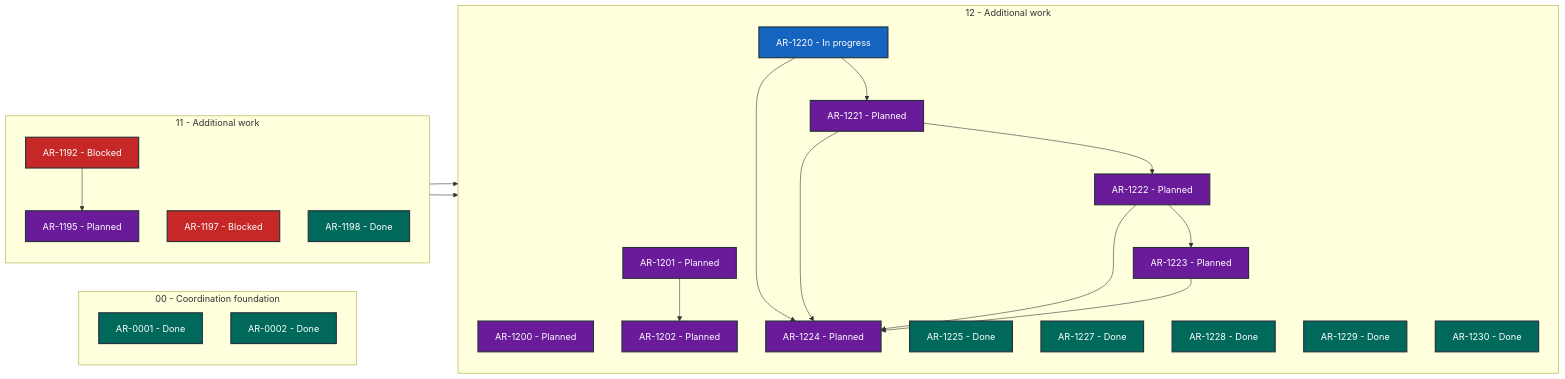
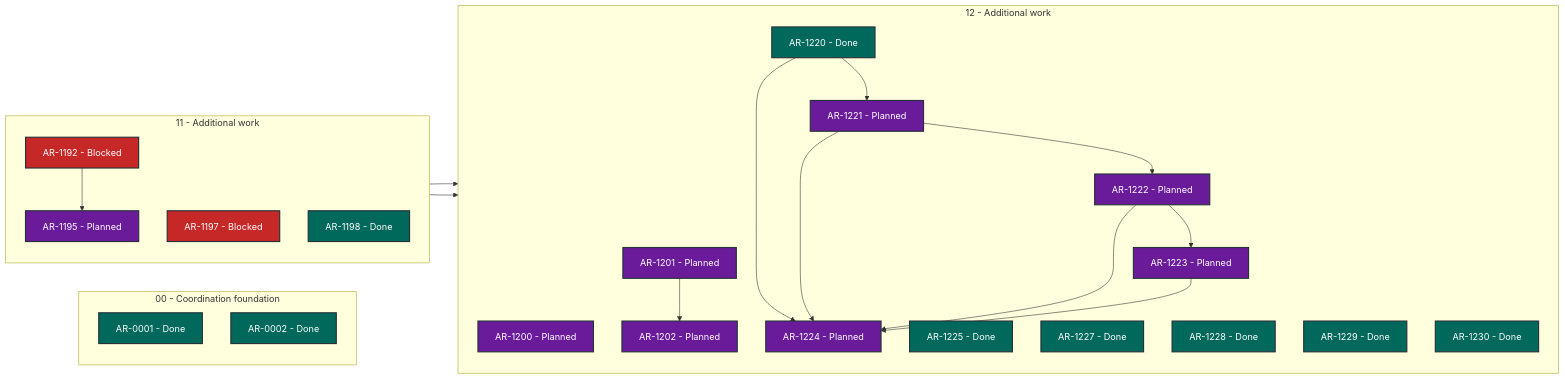
The diagram in STATUS.md (martin-beck/asb-tui-state), drawn with Mermaid before and after one commit. The commit also changed other lines of this file and 2 other files, not shown here.

````diff
--- a/STATUS.md
+++ b/STATUS.md
@@ -27,50 +27,50 @@
 ```mermaid
 flowchart LR
     subgraph series_00["00 - Coordination foundation"]
         direction TB
         AR_0001["AR-0001 - Done"]:::status_done
         AR_0002["AR-0002 - Done"]:::status_done
     end
     subgraph series_11["11 - Additional work"]
         direction TB
         AR_1192["AR-1192 - Blocked"]:::status_blocked
         AR_1195["AR-1195 - Planned"]:::status_planned
         AR_1197["AR-1197 - Blocked"]:::status_blocked
         AR_1198["AR-1198 - Done"]:::status_done
     end
     subgraph series_12["12 - Additional work"]
         direction TB
         AR_1200["AR-1200 - Planned"]:::status_planned
         AR_1201["AR-1201 - Planned"]:::status_planned
         AR_1202["AR-1202 - Planned"]:::status_planned
-        AR_1220["AR-1220 - In progress"]:::status_in_progress
+        AR_1220["AR-1220 - Done"]:::status_done
         AR_1221["AR-1221 - Planned"]:::status_planned
         AR_1222["AR-1222 - Planned"]:::status_planned
         AR_1223["AR-1223 - Planned"]:::status_planned
         AR_1224["AR-1224 - Planned"]:::status_planned
         AR_1225["AR-1225 - Done"]:::status_done
         AR_1227["AR-1227 - Done"]:::status_done
         AR_1228["AR-1228 - Done"]:::status_done
         AR_1229["AR-1229 - Done"]:::status_done
         AR_1230["AR-1230 - Done"]:::status_done
     end
     AR_1192 --> AR_1195
     AR_1195 --> AR_1200
     AR_1197 --> AR_1201
     AR_1201 --> AR_1202
     AR_1220 --> AR_1221
     AR_1220 --> AR_1224
     AR_1221 --> AR_1222
     AR_1221 --> AR_1224
     AR_1222 --> AR_1223
     AR_1222 --> AR_1224
     AR_1223 --> AR_1224
     classDef status_in_progress fill:#1565c0,color:#ffffff,stroke:#263238,stroke-width:2px
     classDef status_open fill:#2e7d32,color:#ffffff,stroke:#263238,stroke-width:2px
     classDef status_blocked fill:#c62828,color:#ffffff,stroke:#263238,stroke-width:2px
     classDef status_planned fill:#6a1b9a,color:#ffffff,stroke:#263238,stroke-width:2px
     classDef status_future fill:#455a64,color:#ffffff,stroke:#263238,stroke-width:2px
     classDef status_done fill:#00695c,color:#ffffff,stroke:#263238,stroke-width:2px
     classDef status_cancelled fill:#616161,color:#ffffff,stroke:#263238,stroke-width:2px
     classDef status_superseded fill:#5d4037,color:#ffffff,stroke:#263238,stroke-width:2px
 ```
````
